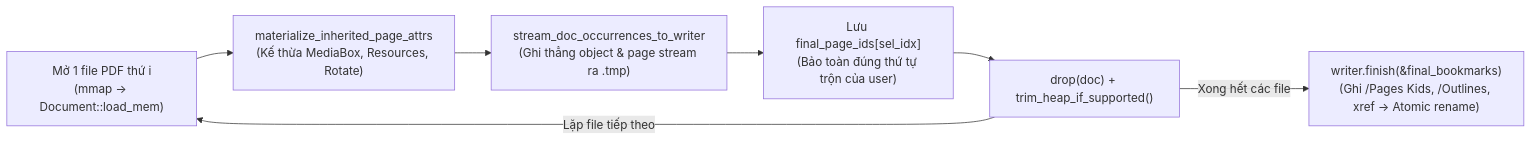
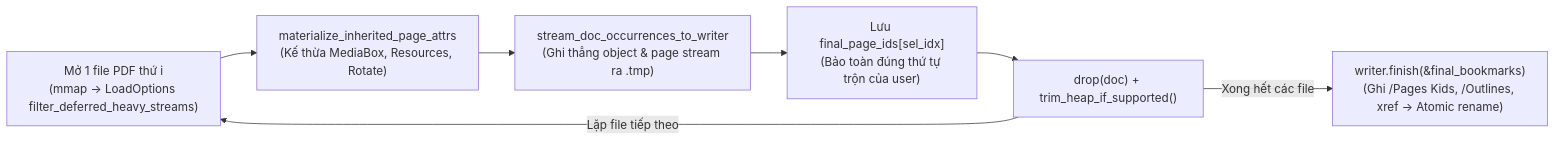
Before and after one commit to KozKhoa/Knit: the second of 3 diagrams in docs/pdf-ops-architecture.md, drawn with Mermaid. The commit also changed other lines of this file and 5 other files, not shown here.

Commit message:
docs(pdf-ops): complete PDF Merge & Split docs, schema, diagrams, and tests

````diff
--- a/docs/pdf-ops-architecture.md
+++ b/docs/pdf-ops-architecture.md
@@ -77,9 +94,9 @@
 ```mermaid
 flowchart LR
-    Start["Mở 1 file PDF thứ i<br/>(mmap -> Document::load_mem)"] --> Mat["materialize_inherited_page_attrs<br/>(Kế thừa MediaBox, Resources, Rotate)"]
+    Start["Mở 1 file PDF thứ i<br/>(mmap -> LoadOptions filter_deferred_heavy_streams)"] --> Mat["materialize_inherited_page_attrs<br/>(Kế thừa MediaBox, Resources, Rotate)"]
     Mat --> Stream["stream_doc_occurrences_to_writer<br/>(Ghi thẳng object & page stream ra .tmp)"]
     Stream --> MapID["Lưu final_page_ids[sel_idx]<br/>(Bảo toàn đúng thứ tự trộn của user)"]
     MapID --> Drop["drop(doc) + trim_heap_if_supported()"]
     Drop -->|"Lặp file tiếp theo"| Start
     Drop -->|"Xong hết các file"| Finish["writer.finish(&final_bookmarks)<br/>(Ghi /Pages Kids, /Outlines, xref -> Atomic rename)"]
 ```
````
